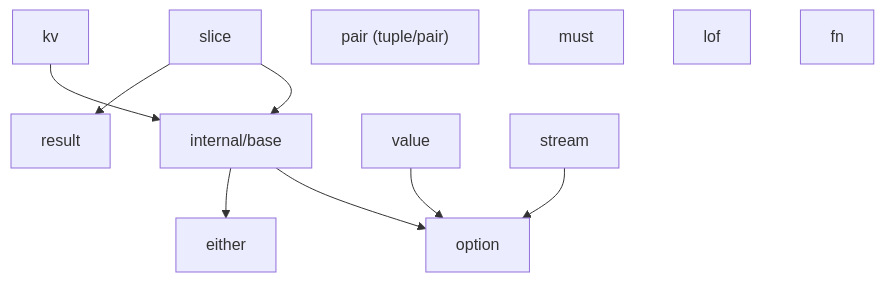
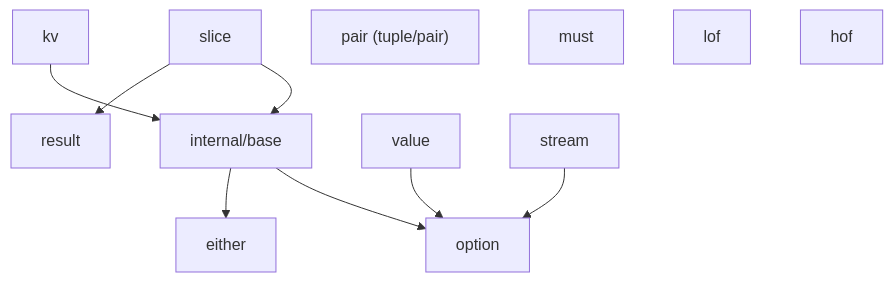
One commit to binaryphile/fluentfp changed the diagram in docs/design.md. Above: the diagram before and after it, drawn with Mermaid. The commit also changed other lines of this file and 13 other files, not shown here.

````diff
--- a/docs/design.md
+++ b/docs/design.md
@@ -7,15 +7,15 @@
 ```mermaid
 flowchart TD
     base["internal/base"] --> option
     base --> either
     slice --> base
     slice --> result
     kv --> base
     value --> option
     result
     stream --> option
     pair["pair (tuple/pair)"]
     must
     lof
-    fn
+    hof
 ```
````
